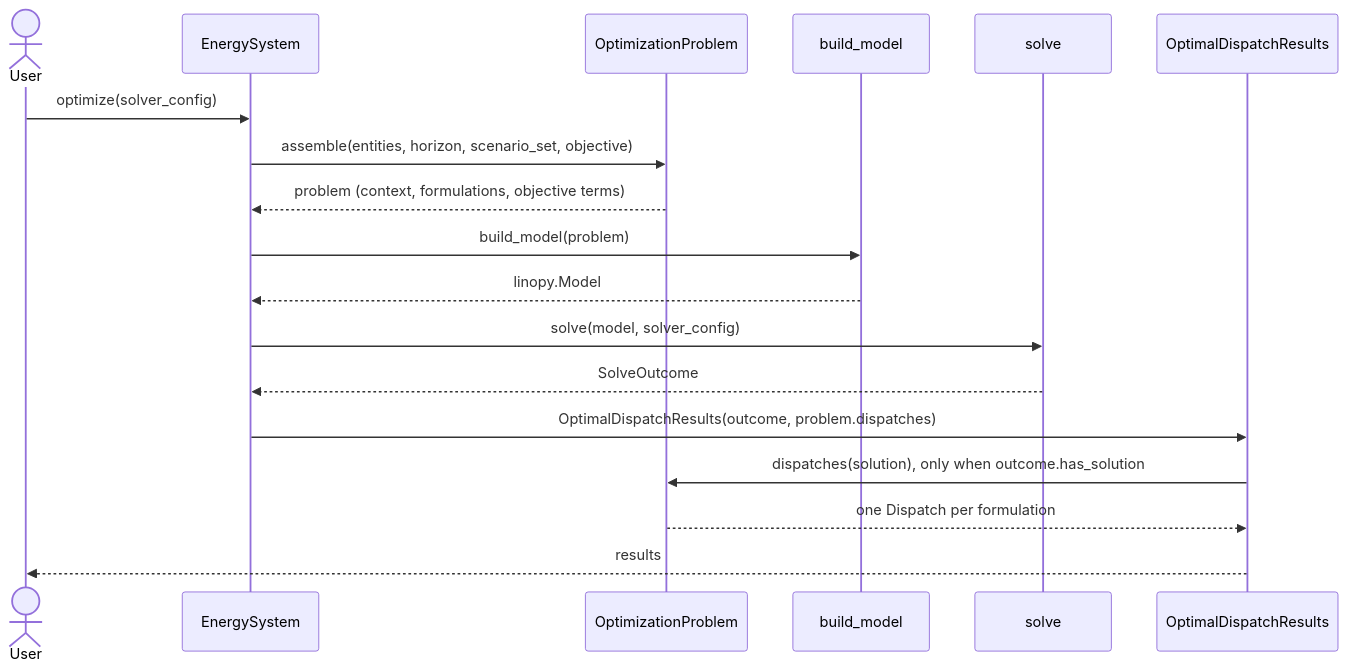
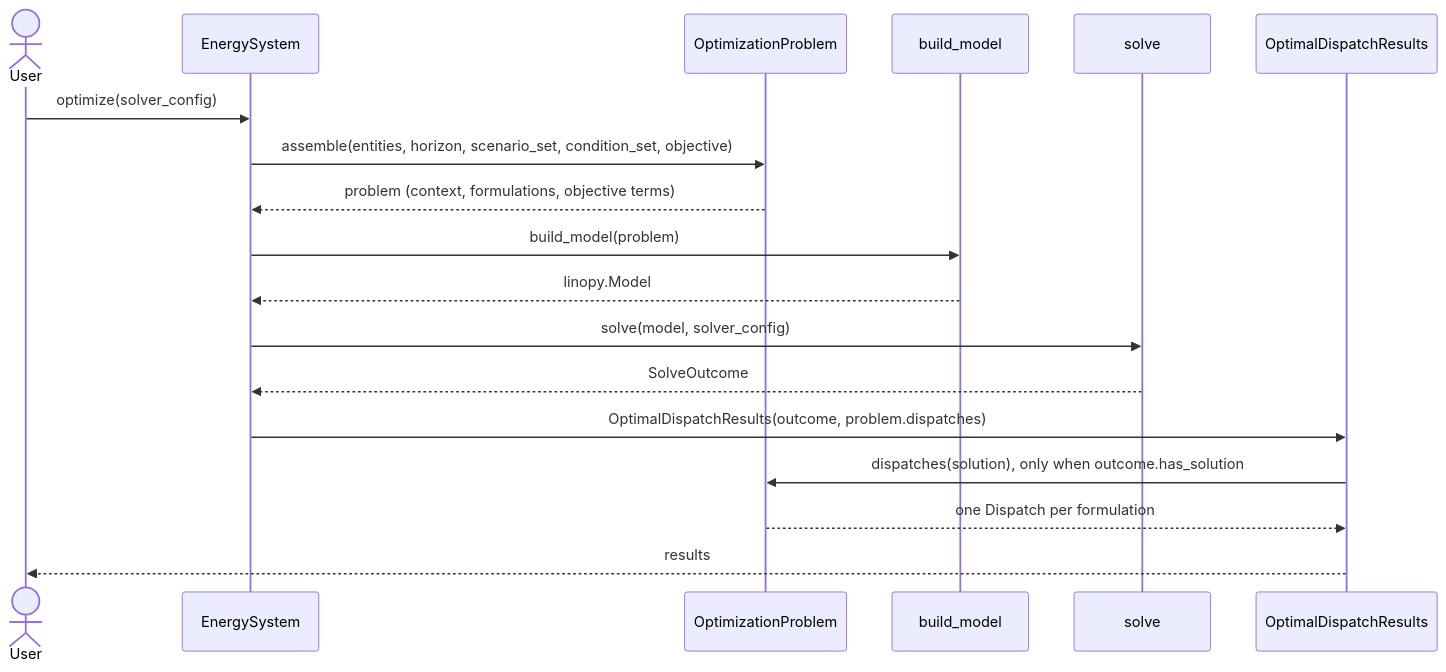
The third of 5 diagrams in docs/architecture/model.md (ramirocrc/odys), drawn with Mermaid before and after one commit. The commit also changed other lines of this file and 65 other files, not shown here.

````diff
--- a/docs/architecture/model.md
+++ b/docs/architecture/model.md
@@ -187,20 +246,20 @@
 ```mermaid
 sequenceDiagram
     actor User
     participant ES as EnergySystem
     participant OP as OptimizationProblem
     participant MB as build_model
     participant S as solve
     participant R as OptimalDispatchResults
     User->>ES: optimize(solver_config)
-    ES->>OP: assemble(entities, horizon, scenario_set, objective)
+    ES->>OP: assemble(entities, horizon, scenario_set, condition_set, objective)
     OP-->>ES: problem (context, formulations, objective terms)
     ES->>MB: build_model(problem)
     MB-->>ES: linopy.Model
     ES->>S: solve(model, solver_config)
     S-->>ES: SolveOutcome
     ES->>R: OptimalDispatchResults(outcome, problem.dispatches)
     R->>OP: dispatches(solution), only when outcome.has_solution
     OP-->>R: one Dispatch per formulation
     R-->>User: results
 ```
````
